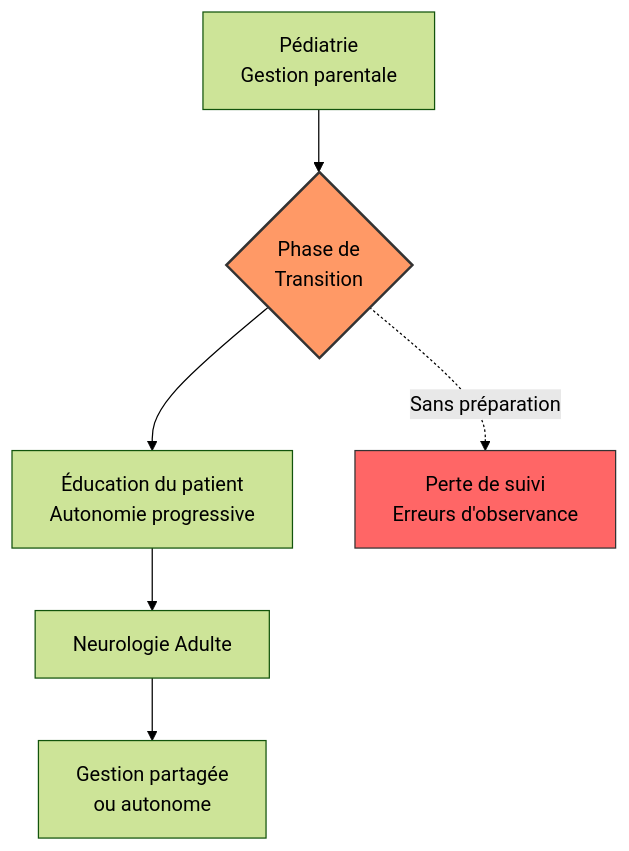
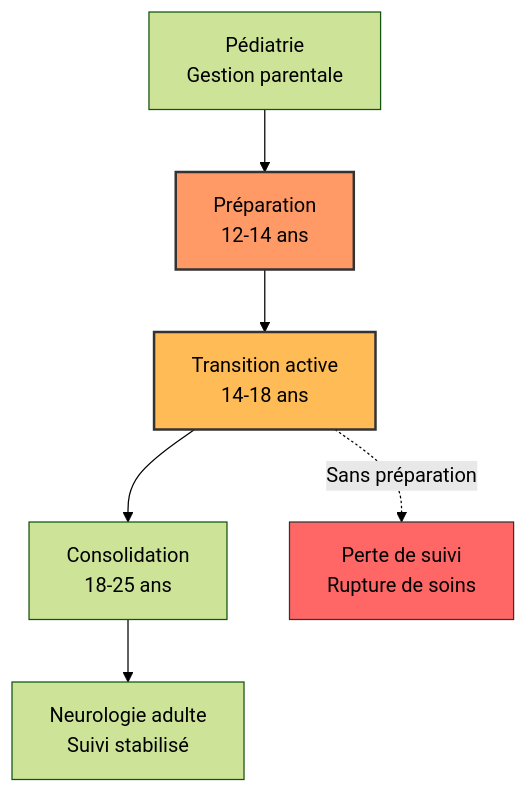
One commit to popul/book-dravet changed the diagram in chapitres/chapitre_12.md. Above: the diagram before and after it, drawn with Mermaid (forest theme). The commit also changed other lines of this file and 19 other files, not shown here.

````diff
--- a/chapitres/chapitre_12.md
+++ b/chapitres/chapitre_12.md
@@ -41,15 +77,16 @@
 ```mermaid
 graph TD
     A["Pédiatrie<br/>Gestion parentale"]
-    B{"Phase de<br/>Transition"}
-    C["Éducation du patient<br/>Autonomie progressive"]
-    D["Neurologie Adulte"]
-    E["Gestion partagée<br/>ou autonome"]
-    F["Perte de suivi<br/>Erreurs d'observance"]
+    B["Préparation<br/>12-14 ans"]
+    C["Transition active<br/>14-18 ans"]
+    D["Consolidation<br/>18-25 ans"]
+    E["Neurologie adulte<br/>Suivi stabilisé"]
+    F["Perte de suivi<br/>Rupture de soins"]
 
     A --> B --> C --> D --> E
-    B -.->|Sans préparation| F
+    C -.->|Sans préparation| F
 
     style B fill:#f96,stroke:#333,stroke-width:2px
+    style C fill:#fb5,stroke:#333,stroke-width:2px
     style F fill:#f66,stroke:#333
 ```
````
